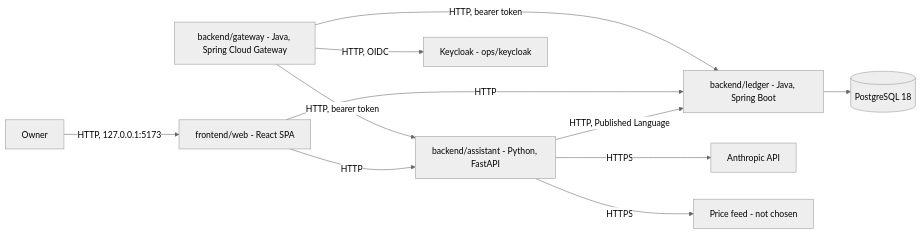
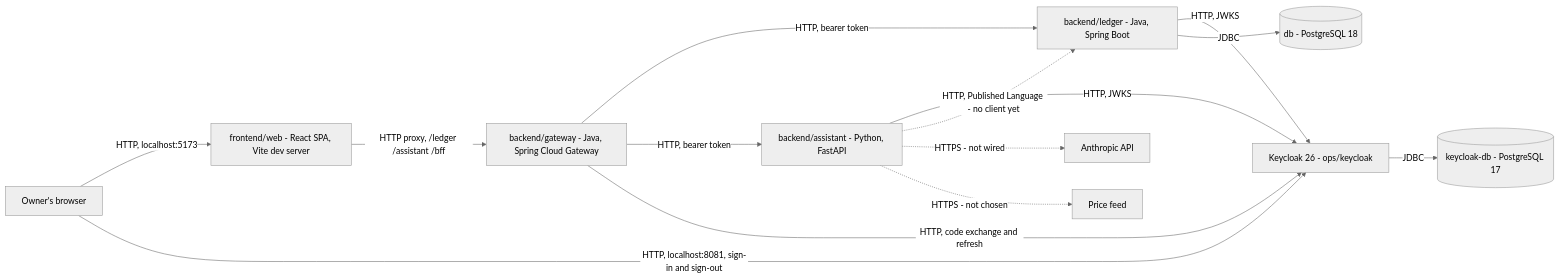
One commit to NaimElijah/FinAssist changed the diagram in docs/architecture/architecture.md. Above: the diagram before and after it, drawn with Mermaid (neutral theme). The commit also changed other lines of this file and 4 other files, not shown here.

````diff
--- a/docs/architecture/architecture.md
+++ b/docs/architecture/architecture.md
@@ -53,13 +69,16 @@
 ```mermaid
 flowchart LR
-    Owner[Owner] -->|"HTTP, 127.0.0.1:5173"| Web[frontend/web - React SPA]
-    Web -->|HTTP| Assistant[backend/assistant - Python, FastAPI]
-    Assistant -->|HTTP, Published Language| Ledger[backend/ledger - Java, Spring Boot]
-    Web -->|HTTP| Ledger
-    Assistant -->|HTTPS| Claude[Anthropic API]
-    Assistant -->|HTTPS| Feed[Price feed - not chosen]
-    Ledger --> DB[(PostgreSQL 18)]
-    Gateway[backend/gateway - Java, Spring Cloud Gateway] -->|HTTP, bearer token| Ledger
-    Gateway -->|HTTP, bearer token| Assistant
-    Gateway -->|HTTP, OIDC| Keycloak[Keycloak - ops/keycloak]
+    Owner["Owner's browser"] -->|"HTTP, localhost:5173"| Web["frontend/web - React SPA, Vite dev server"]
+    Owner -->|"HTTP, localhost:8081, sign-in and sign-out"| Keycloak["Keycloak 26 - ops/keycloak"]
+    Web -->|"HTTP proxy, /ledger /assistant /bff"| Gateway["backend/gateway - Java, Spring Cloud Gateway"]
+    Gateway -->|"HTTP, bearer token"| Ledger["backend/ledger - Java, Spring Boot"]
+    Gateway -->|"HTTP, bearer token"| Assistant["backend/assistant - Python, FastAPI"]
+    Gateway -->|"HTTP, code exchange and refresh"| Keycloak
+    Ledger -->|"HTTP, JWKS"| Keycloak
+    Assistant -->|"HTTP, JWKS"| Keycloak
+    Ledger -->|JDBC| DB[(db - PostgreSQL 18)]
+    Keycloak -->|JDBC| KeycloakDB[(keycloak-db - PostgreSQL 17)]
+    Assistant -.->|"HTTP, Published Language - no client yet"| Ledger
+    Assistant -.->|"HTTPS - not wired"| Claude["Anthropic API"]
+    Assistant -.->|"HTTPS - not chosen"| Feed["Price feed"]
 ```
````
